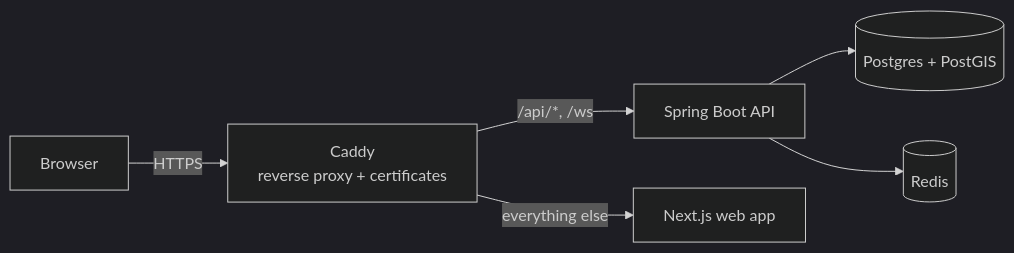
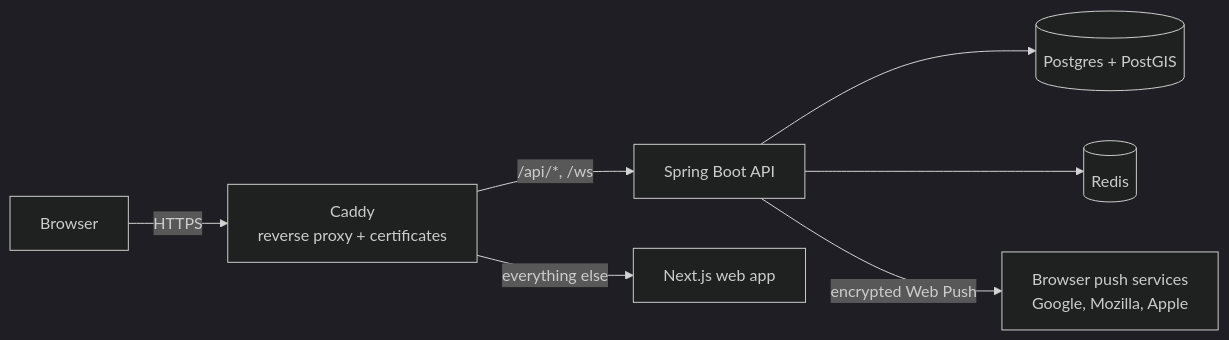
Before and after one commit to ShauryaaSharma/Namastute: the diagram in README.md, drawn with Mermaid (dark theme). The commit also changed other lines of this file and 23 other files, not shown here.

````diff
--- a/README.md
+++ b/README.md
@@ -23,8 +24,9 @@
 ```mermaid
 flowchart LR
     B[Browser] -->|HTTPS| C[Caddy<br/>reverse proxy + certificates]
     C -->|"/api/*, /ws"| A[Spring Boot API]
     C -->|everything else| W[Next.js web app]
     A --> P[(Postgres + PostGIS)]
     A --> R[(Redis)]
+    A -->|encrypted Web Push| N[Browser push services<br/>Google, Mozilla, Apple]
 ```
````
